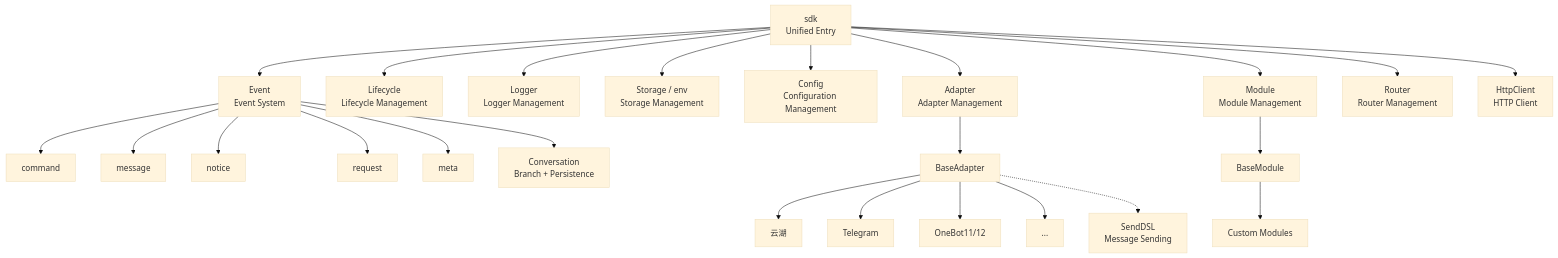
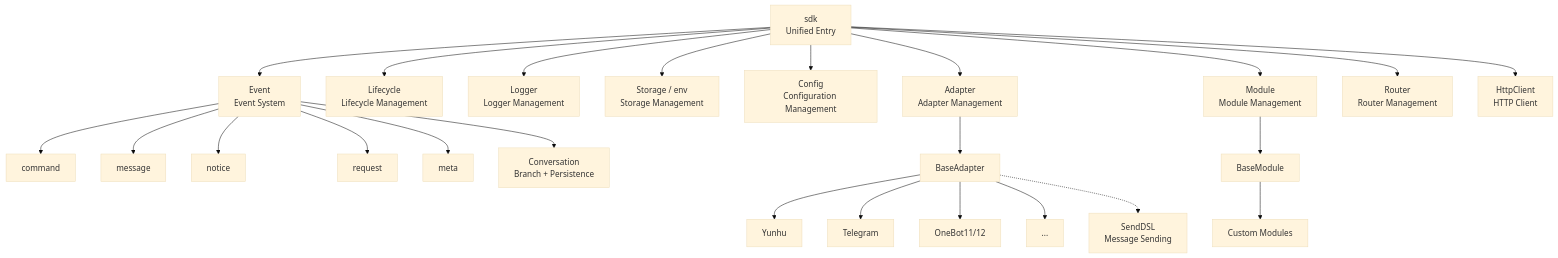
One commit to ErisPulse/ErisPulse changed the first of 5 diagrams in docs/en/ai-support/prompts/ErisPulse-AdapterDev.md. Above: the diagram before and after it, drawn with Mermaid (base theme). The commit also changed other lines of this file and 256 other files, not shown here.

````diff
--- a/docs/en/ai-support/prompts/ErisPulse-AdapterDev.md
+++ b/docs/en/ai-support/prompts/ErisPulse-AdapterDev.md
@@ -52,31 +52,31 @@
 ```mermaid
 graph TB
     SDK["sdk<br/>Unified Entry"]
 
     SDK --> Event["Event<br/>Event System"]
     SDK --> Lifecycle["Lifecycle<br/>Lifecycle Management"]
     SDK --> Logger["Logger<br/>Logger Management"]
     SDK --> Storage["Storage / env<br/>Storage Management"]
     SDK --> Config["Config<br/>Configuration Management"]
     SDK --> AdapterMgr["Adapter<br/>Adapter Management"]
     SDK --> ModuleMgr["Module<br/>Module Management"]
     SDK --> Router["Router<br/>Router Management"]
     SDK --> Client["HttpClient<br/>HTTP Client"]
     Event --> Command["command"]
     Event --> Message["message"]
     Event --> Notice["notice"]
     Event --> Request["request"]
     Event --> Meta["meta"]
     Event --> Conversation["Conversation<br/>Branch + Persistence"]
 
     AdapterMgr --> BaseAdapter["BaseAdapter"]
-    BaseAdapter --> P1["云湖"]
+    BaseAdapter --> P1["Yunhu"]
     BaseAdapter --> P2["Telegram"]
     BaseAdapter --> P3["OneBot11/12"]
     BaseAdapter --> PN["..."]
 
     ModuleMgr --> BaseModule["BaseModule"]
     BaseModule --> CM["Custom Modules"]
 
     BaseAdapter -.-> SendDSL["SendDSL<br/>Message Sending"]
 ```
````
